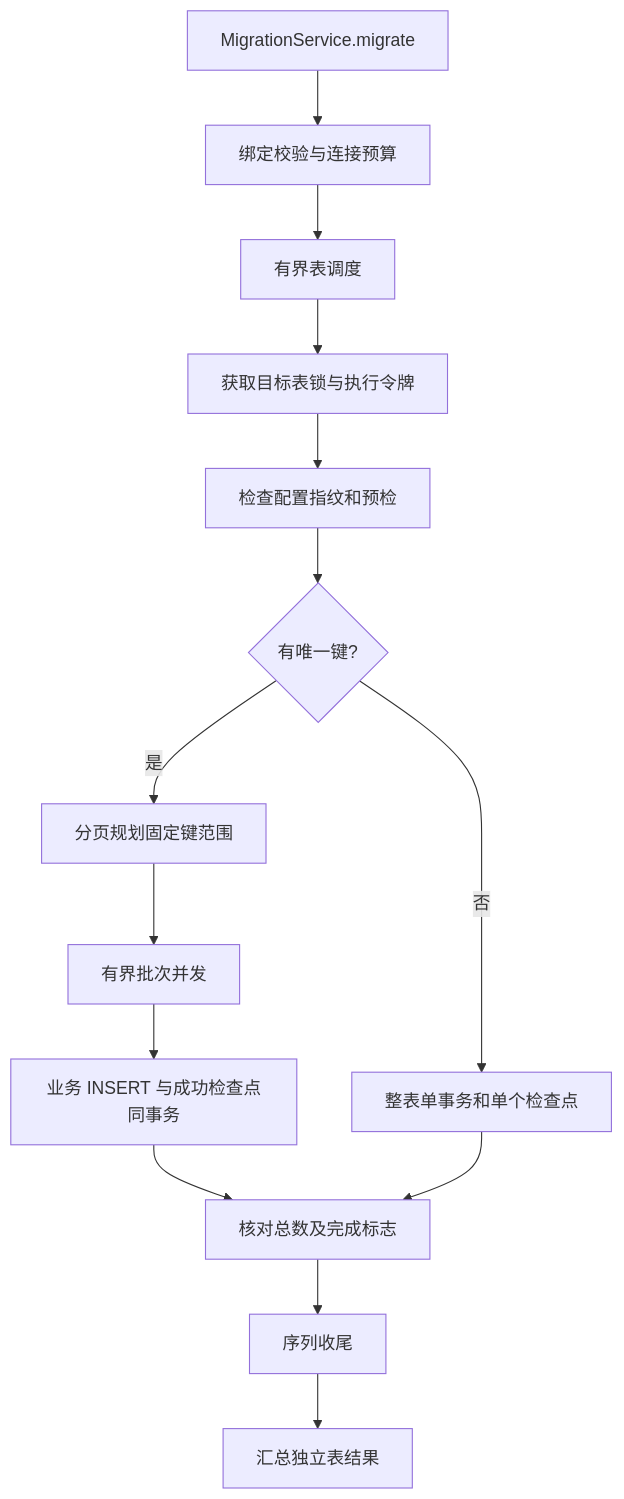
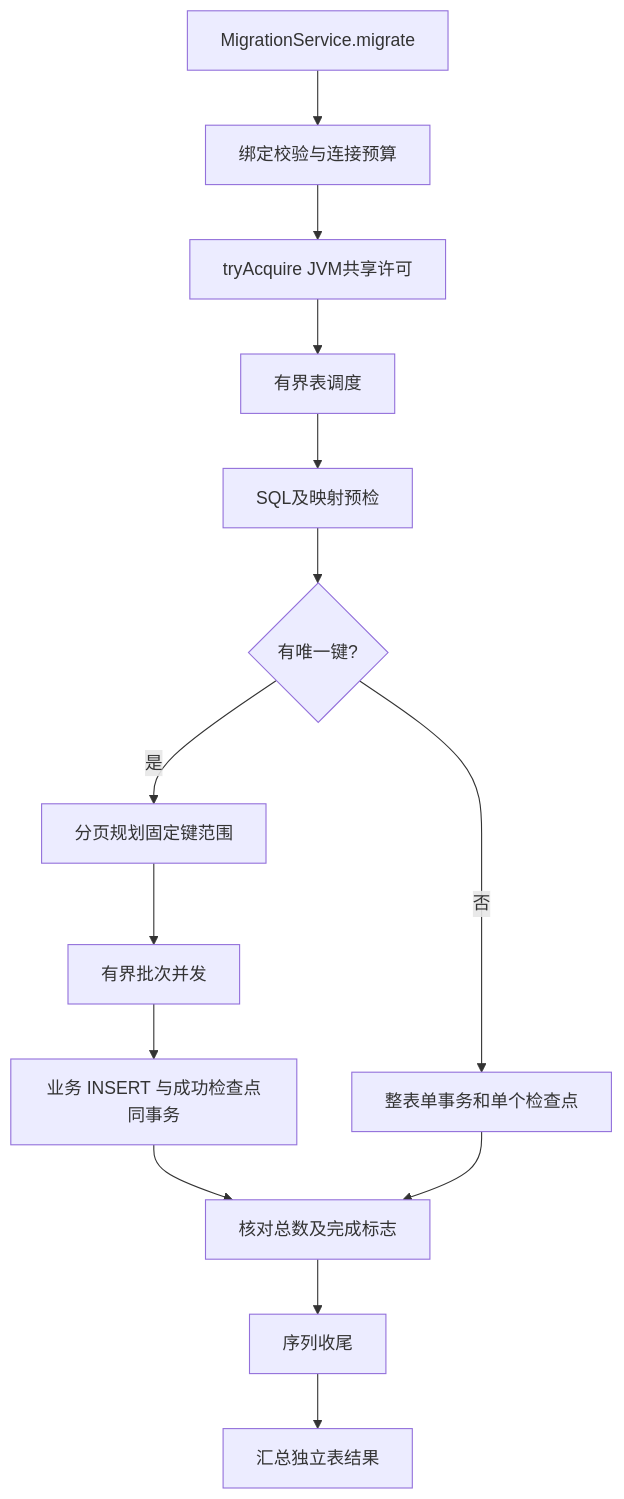
The diagram in docs/architecture.md (differGoose/data_migration), drawn with Mermaid before and after one commit. The commit also changed other lines of this file and 54 other files, not shown here.

````diff
--- a/docs/architecture.md
+++ b/docs/architecture.md
@@ -30,16 +27,16 @@
 ```mermaid
 flowchart TD
     A[MigrationService.migrate] --> B[绑定校验与连接预算]
-    B --> C[有界表调度]
-    C --> D[获取目标表锁与执行令牌]
-    D --> E[检查配置指纹和预检]
+    B --> C[tryAcquire JVM共享许可]
+    C --> D[有界表调度]
+    D --> E[SQL及映射预检]
     E --> F{有唯一键?}
     F -->|是| G[分页规划固定键范围]
     G --> H[有界批次并发]
     H --> I[业务 INSERT 与成功检查点同事务]
     F -->|否| J[整表单事务和单个检查点]
     I --> K[核对总数及完成标志]
     J --> K
     K --> L[序列收尾]
     L --> M[汇总独立表结果]
 ```
````
